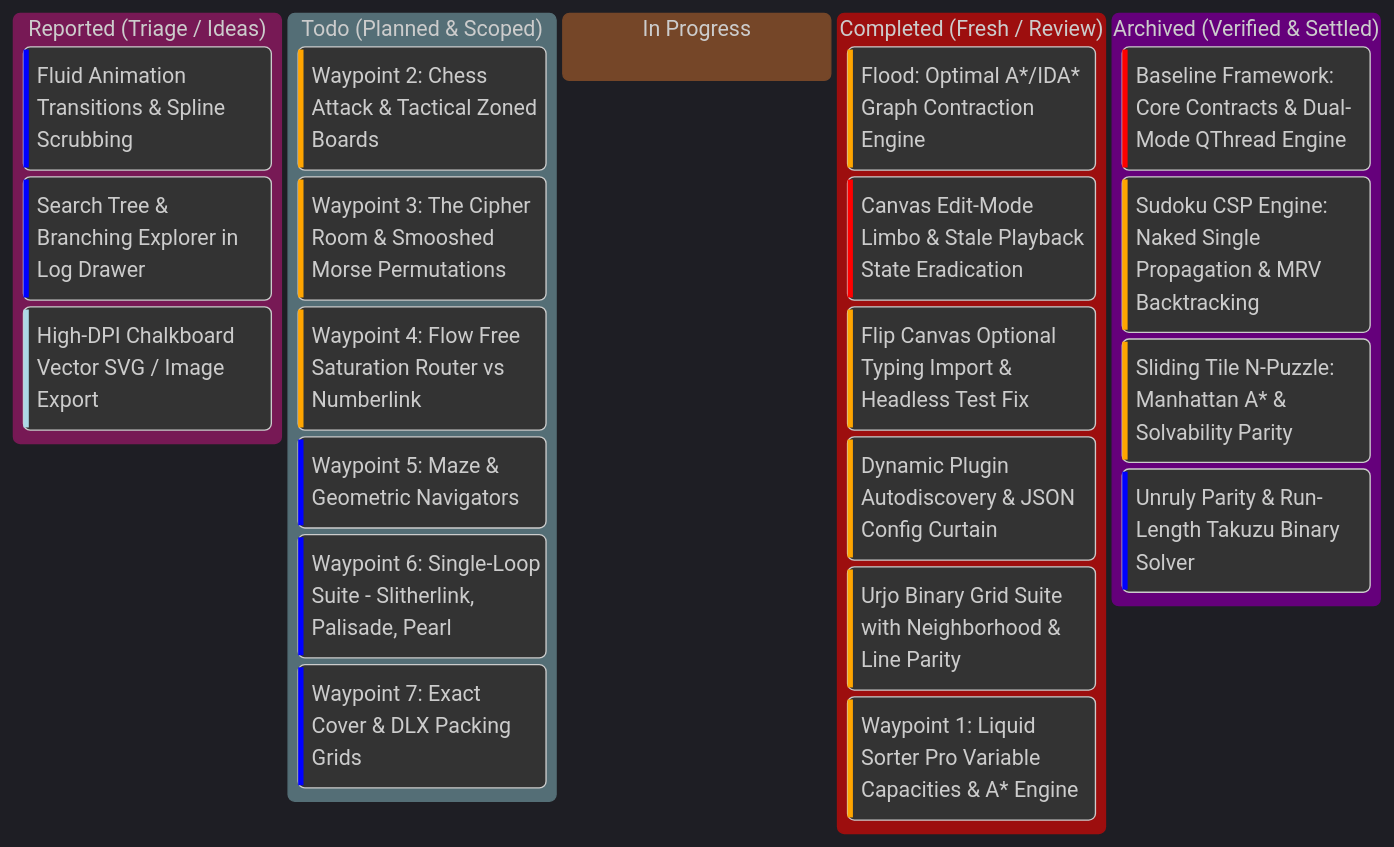
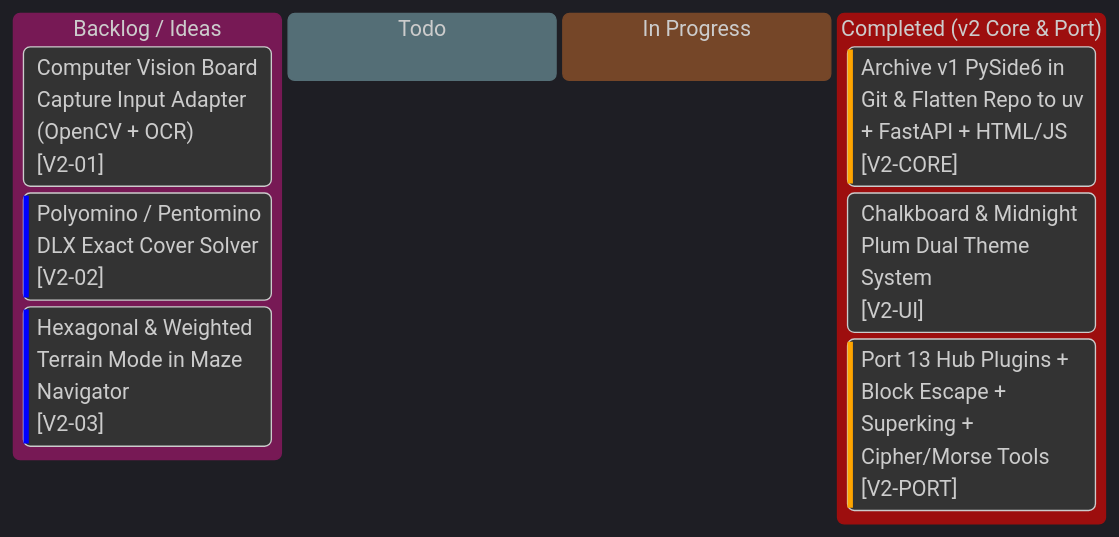
Before and after one commit to AlitheiaDeus/ThePuzzleLaw: the diagram in kanban.md, drawn with Mermaid. The commit also changed other lines of this file and 138 other files, not shown here.

Commit message:
feat(v2): flatten repo to uv + FastAPI + vanilla HTML/JS hub with 15 solvers

````diff
--- a/kanban.md
+++ b/kanban.md
@@ -9,32 +6,14 @@
 ```mermaid
-%%{init: { "theme": "dark" } }%%
+%%{init: { "theme": "dark" }}%%
 kanban
-  reported["Reported (Triage / Ideas)"]
-    rep1[Fluid Animation Transitions & Spline Scrubbing]@{ priority: 'Low' }
-    rep2[Search Tree & Branching Explorer in Log Drawer]@{ priority: 'Low' }
-    rep3[High-DPI Chalkboard Vector SVG / Image Export]@{ priority: 'Very Low' }
-
-  todo["Todo (Planned & Scoped)"]
-    id9[Waypoint 2: Chess Attack & Tactical Zoned Boards]@{ priority: 'High' }
-    id10[Waypoint 3: The Cipher Room & Smooshed Morse Permutations]@{ priority: 'High' }
-    id11[Waypoint 4: Flow Free Saturation Router vs Numberlink]@{ priority: 'High' }
-    id12[Waypoint 5: Maze & Geometric Navigators]@{ priority: 'Low' }
-    id13[Waypoint 6: Single-Loop Suite - Slitherlink, Palisade, Pearl]@{ priority: 'Low' }
-    id14[Waypoint 7: Exact Cover & DLX Packing Grids]@{ priority: 'Low' }
-
+  backlog["Backlog / Ideas"]
+    v2cv["Computer Vision Board Capture Input Adapter (OpenCV + OCR)"]@{ ticket: '[V2-01]', priority: 'Medium' }
+    v2dlx["Polyomino / Pentomino DLX Exact Cover Solver"]@{ ticket: '[V2-02]', priority: 'Low' }
+    v2hex["Hexagonal & Weighted Terrain Mode in Maze Navigator"]@{ ticket: '[V2-03]', priority: 'Low' }
+  todo["Todo"]
   in_progress["In Progress"]
-
-  completed["Completed (Fresh / Review)"]
-    id15[Flood: Optimal A*/IDA* Graph Contraction Engine]@{ priority: 'High' }
-    id1[Canvas Edit-Mode Limbo & Stale Playback State Eradication]@{ priority: 'Very High' }
-    id4[Flip Canvas Optional Typing Import & Headless Test Fix]@{ priority: 'High' }
-    id2[Dynamic Plugin Autodiscovery & JSON Config Curtain]@{ priority: 'High' }
-    id3[Urjo Binary Grid Suite with Neighborhood & Line Parity]@{ priority: 'High' }
-    id7[Waypoint 1: Liquid Sorter Pro Variable Capacities & A* Engine]@{ priority: 'High' }
-
-  archived["Archived (Verified & Settled)"]
-    id0[Baseline Framework: Core Contracts & Dual-Mode QThread Engine]@{ priority: 'Very High' }
-    id5[Sudoku CSP Engine: Naked Single Propagation & MRV Backtracking]@{ priority: 'High' }
-    id6[Sliding Tile N-Puzzle: Manhattan A* & Solvability Parity]@{ priority: 'High' }
-    id8[Unruly Parity & Run-Length Takuzu Binary Solver]@{ priority: 'Low' }
+  done["Completed (v2 Core & Port)"]
+    v2arch["Archive v1 PySide6 in Git & Flatten Repo to uv + FastAPI + HTML/JS"]@{ ticket: '[V2-CORE]', priority: 'High' }
+    v2theme["Chalkboard & Midnight Plum Dual Theme System"]@{ ticket: '[V2-UI]', priority: 'Medium' }
+    v2puzzles["Port 13 Hub Plugins + Block Escape + Superking + Cipher/Morse Tools"]@{ ticket: '[V2-PORT]', priority: 'High' }
 ```
````
